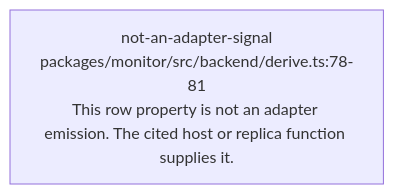
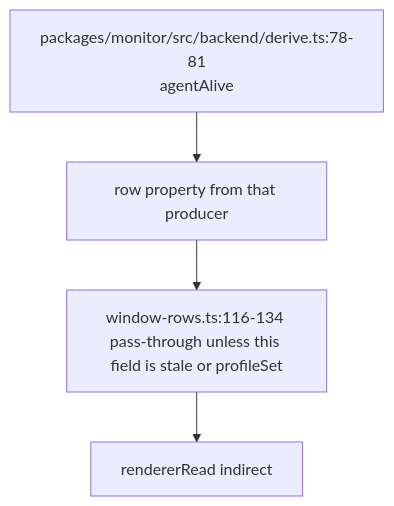
One commit to vibefield/puppeteer changed the diagram in audit/godview/evidence/acp/alive.mmd. Above: the diagram before and after it, drawn with Mermaid. The commit also changed 630 other files, not shown here.

First line of the commit message:
Record source scope and field-domain reachability for first-half rows.

```diff
--- a/audit/godview/evidence/acp/alive.mmd
+++ b/audit/godview/evidence/acp/alive.mmd
@@ -1,5 +1,9 @@
 %% field: field.alive
-%% adapter: acp
-%% forensic: source-read 748d015a7e393112e0a91dad80111fdf5abe6583; not a live sample
+%% sourceScope: common-runtime
+%% staticPresence: always-on-row
+%% liveObserved: false
 flowchart TD
-  n0["not-an-adapter-signal\npackages/monitor/src/backend/derive.ts:78-81\nThis row property is not an adapter emission. The cited host or replica function supplies it."]
+  producer["packages/monitor/src/backend/derive.ts:78-81\nagentAlive"]
+  producer --> row["row property from that producer"]
+  row --> window["window-rows.ts:116-134 pass-through unless this field is stale or profileSet"]
+  window --> reader["rendererRead indirect"]
```
